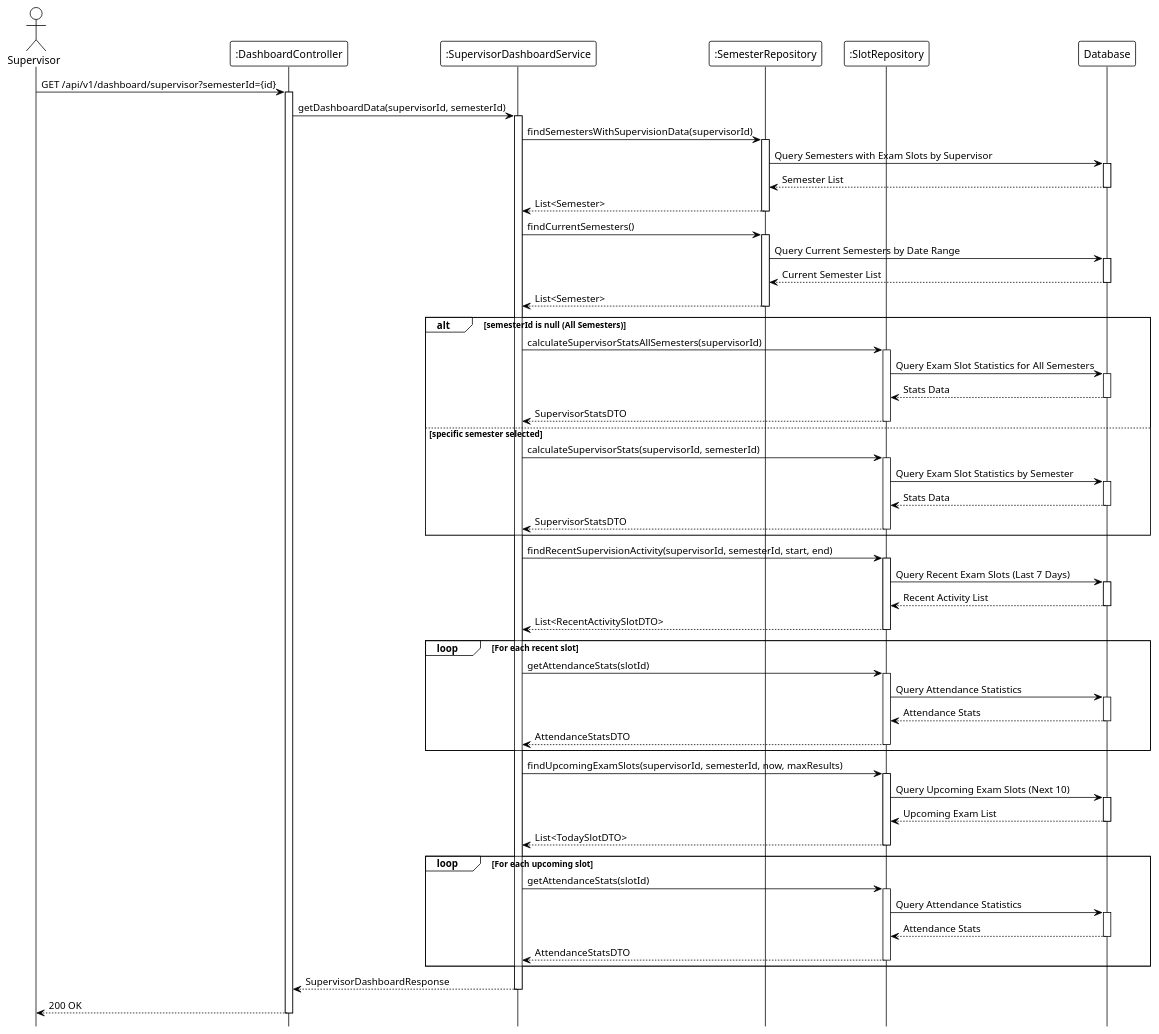
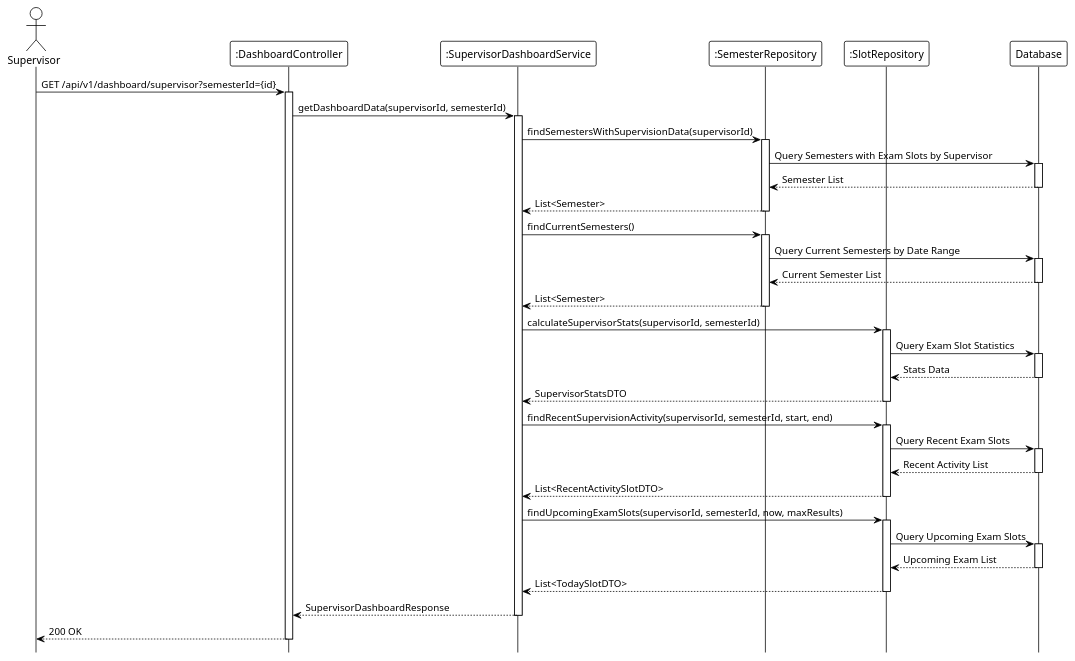
Before and after one commit to Ndh474/context: the diagram in system_detailed_design/73_view_exam_schedule_supervisor/sequence_diagram_view_exam_schedule_supervisor.puml, drawn with PlantUML. The commit also changed 12 other files, not shown here.

```diff
--- a/system_detailed_design/73_view_exam_schedule_supervisor/sequence_diagram_view_exam_schedule_supervisor.puml
+++ b/system_detailed_design/73_view_exam_schedule_supervisor/sequence_diagram_view_exam_schedule_supervisor.puml
@@ -1,126 +1,88 @@
 @startuml view_exam_schedule_supervisor
 !theme plain
 hide footbox
 
 actor Supervisor
 participant ":DashboardController" as Controller
 participant ":SupervisorDashboardService" as Service
 participant ":SemesterRepository" as SemesterRepo
 participant ":SlotRepository" as SlotRepo
 participant "Database" as DB
 
 ' --- MAIN FLOW ---
 Supervisor -> Controller: GET /api/v1/dashboard/supervisor?semesterId={id}
 activate Controller
 
 Controller -> Service: getDashboardData(supervisorId, semesterId)
 activate Service
 
 ' --- GET AVAILABLE SEMESTERS ---
 Service -> SemesterRepo: findSemestersWithSupervisionData(supervisorId)
 activate SemesterRepo
 
 SemesterRepo -> DB: Query Semesters with Exam Slots by Supervisor
 activate DB
 DB --> SemesterRepo: Semester List
 deactivate DB
 
 SemesterRepo --> Service: List<Semester>
 deactivate SemesterRepo
 
 ' --- GET CURRENT SEMESTER ---
 Service -> SemesterRepo: findCurrentSemesters()
 activate SemesterRepo
 
 SemesterRepo -> DB: Query Current Semesters by Date Range
 activate DB
 DB --> SemesterRepo: Current Semester List
 deactivate DB
 
 SemesterRepo --> Service: List<Semester>
 deactivate SemesterRepo
 
-' --- CALCULATE SUPERVISOR STATS ---
-alt semesterId is null (All Semesters)
-    Service -> SlotRepo: calculateSupervisorStatsAllSemesters(supervisorId)
-    activate SlotRepo
-    
-    SlotRepo -> DB: Query Exam Slot Statistics for All Semesters
-    activate DB
-    DB --> SlotRepo: Stats Data
-    deactivate DB
-    
-    SlotRepo --> Service: SupervisorStatsDTO
-    deactivate SlotRepo
-else specific semester selected
-    Service -> SlotRepo: calculateSupervisorStats(supervisorId, semesterId)
-    activate SlotRepo
-    
-    SlotRepo -> DB: Query Exam Slot Statistics by Semester
-    activate DB
-    DB --> SlotRepo: Stats Data
-    deactivate DB
-    
-    SlotRepo --> Service: SupervisorStatsDTO
-    deactivate SlotRepo
-end
+' Calculate supervisor statistics (internal: all semesters or specific semester)
 
-' --- GET RECENT SUPERVISION ACTIVITY ---
+Service -> SlotRepo: calculateSupervisorStats(supervisorId, semesterId)
+activate SlotRepo
+
+SlotRepo -> DB: Query Exam Slot Statistics
+activate DB
+DB --> SlotRepo: Stats Data
+deactivate DB
+
+SlotRepo --> Service: SupervisorStatsDTO
+deactivate SlotRepo
+
+' Get recent supervision activity with attendance stats (internal: loop for each slot)
+
 Service -> SlotRepo: findRecentSupervisionActivity(supervisorId, semesterId, start, end)
 activate SlotRepo
 
-SlotRepo -> DB: Query Recent Exam Slots (Last 7 Days)
+SlotRepo -> DB: Query Recent Exam Slots
 activate DB
 DB --> SlotRepo: Recent Activity List
 deactivate DB
 
 SlotRepo --> Service: List<RecentActivitySlotDTO>
 deactivate SlotRepo
 
-' --- GET ATTENDANCE STATS FOR RECENT SLOTS ---
-loop For each recent slot
-    Service -> SlotRepo: getAttendanceStats(slotId)
-    activate SlotRepo
-    
-    SlotRepo -> DB: Query Attendance Statistics
-    activate DB
-    DB --> SlotRepo: Attendance Stats
-    deactivate DB
-    
-    SlotRepo --> Service: AttendanceStatsDTO
-    deactivate SlotRepo
-end
+' Get upcoming exam slots with attendance stats (internal: loop for each slot)
 
-' --- GET UPCOMING EXAM SLOTS ---
 Service -> SlotRepo: findUpcomingExamSlots(supervisorId, semesterId, now, maxResults)
 activate SlotRepo
 
-SlotRepo -> DB: Query Upcoming Exam Slots (Next 10)
+SlotRepo -> DB: Query Upcoming Exam Slots
 activate DB
 DB --> SlotRepo: Upcoming Exam List
 deactivate DB
 
 SlotRepo --> Service: List<TodaySlotDTO>
 deactivate SlotRepo
-
-' --- GET ATTENDANCE STATS FOR UPCOMING SLOTS ---
-loop For each upcoming slot
-    Service -> SlotRepo: getAttendanceStats(slotId)
-    activate SlotRepo
-    
-    SlotRepo -> DB: Query Attendance Statistics
-    activate DB
-    DB --> SlotRepo: Attendance Stats
-    deactivate DB
-    
-    SlotRepo --> Service: AttendanceStatsDTO
-    deactivate SlotRepo
-end
 
 Service --> Controller: SupervisorDashboardResponse
 deactivate Service
 
 Controller --> Supervisor: 200 OK
 deactivate Controller
 
 @enduml
```
